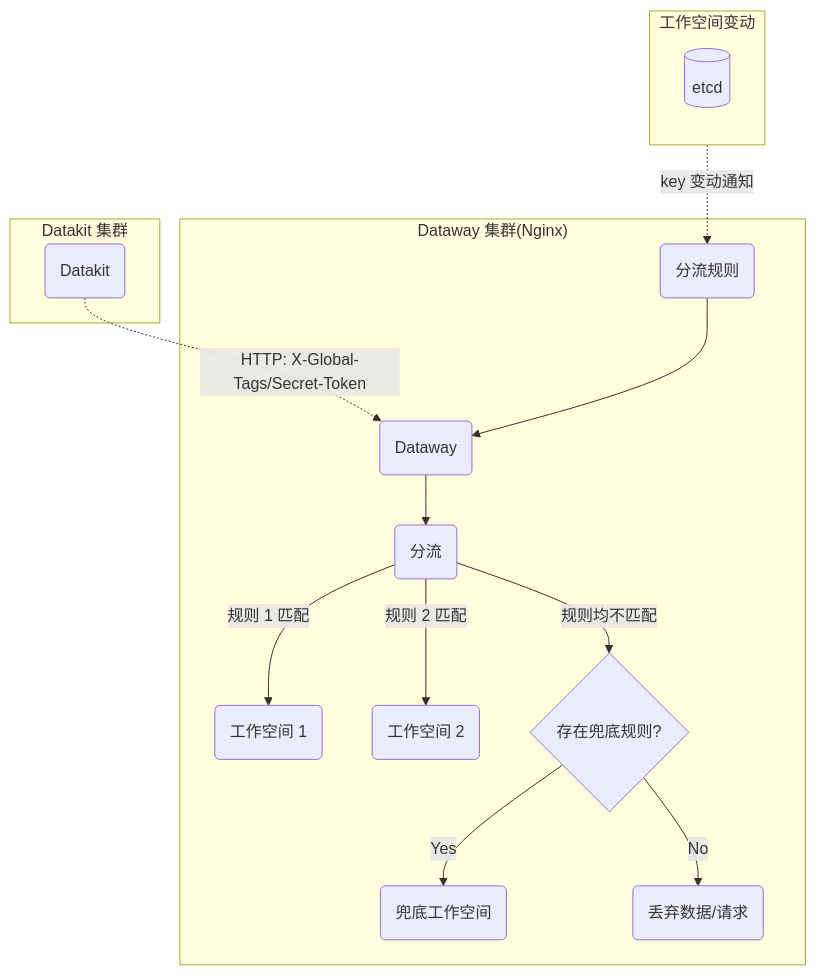
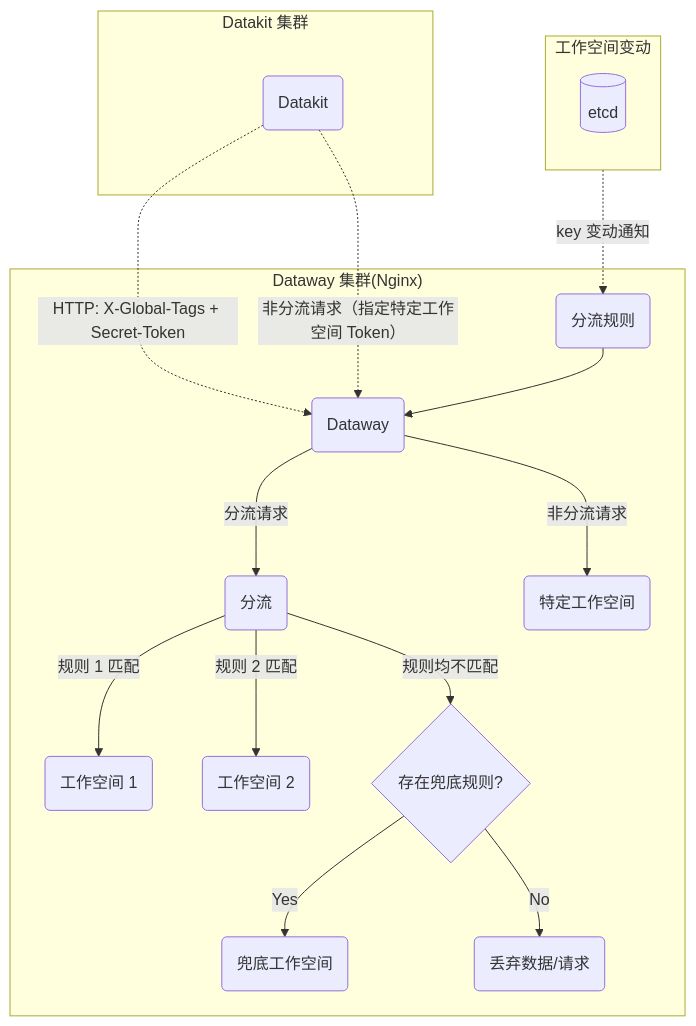
Before and after one commit to GuanceCloud/guance-docs: the first of 2 diagrams in docs/zh/deployment/dataway-sink.md, drawn with Mermaid. The commit also changed other lines of this file and 3 other files, not shown here.

````diff
--- a/docs/zh/deployment/dataway-sink.md
+++ b/docs/zh/deployment/dataway-sink.md
@@ -16,34 +16,38 @@
 ```mermaid
 flowchart TD
 dw(Dataway);
 dk(Datakit);
 etcd[(etcd)];
 sinker(分流);
 wksp1(工作空间 1);
 wksp2(工作空间 2);
+wksp3(特定工作空间);
 wkspx(兜底工作空间);
 rules(分流规则);
 as_default{存在兜底规则?};
 drop(丢弃数据/请求);
 
 subgraph "Datakit 集群"
 dk
 end
 
-dk -.-> |HTTP: X-Global-Tags/Secret-Token|dw
+dk -.-> |"HTTP: X-Global-Tags + Secret-Token"|dw
+dk -..-> |"非分流请求（指定特定工作空间 Token）"|dw
 
 subgraph "Dataway 集群(Nginx)"
 %%direction LR
-rules -->  dw --> sinker
+rules -->  dw ---> |分流请求|sinker
+
+dw ---> |非分流请求|wksp3
 
 sinker --> |规则 1 匹配|wksp1;
 sinker --> |规则 2 匹配|wksp2;
 sinker --> |规则均不匹配|as_default -->|No|drop;
 as_default -->|Yes|wkspx;
 end
 
 subgraph "工作空间变动"
 direction BT
 etcd -.-> |key 变动通知|rules
 end
 ```
````
